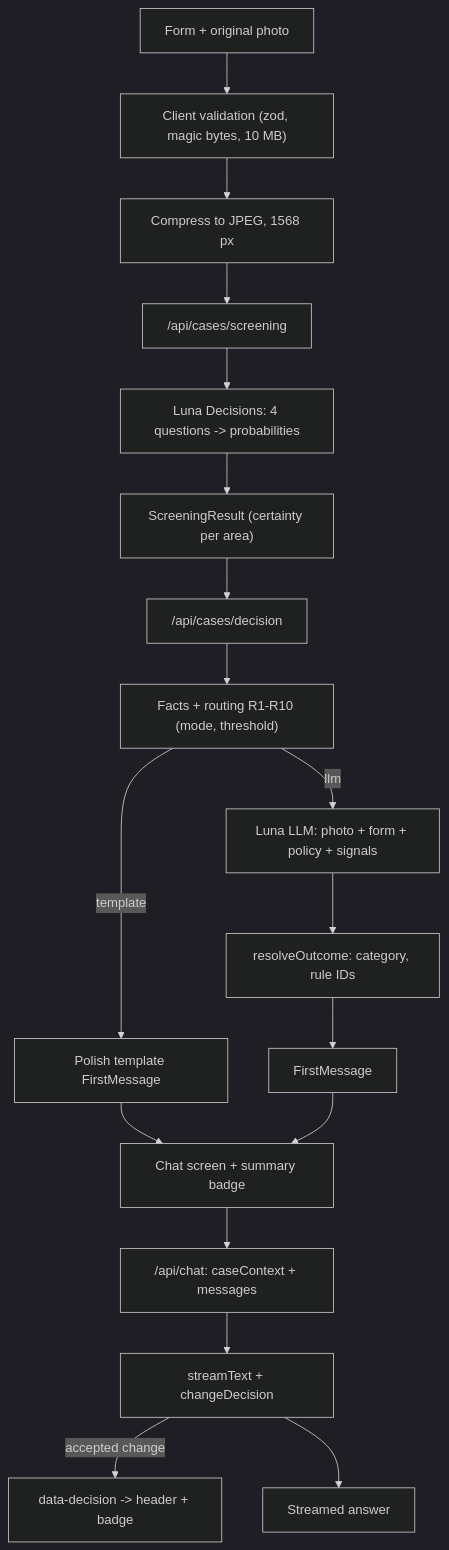
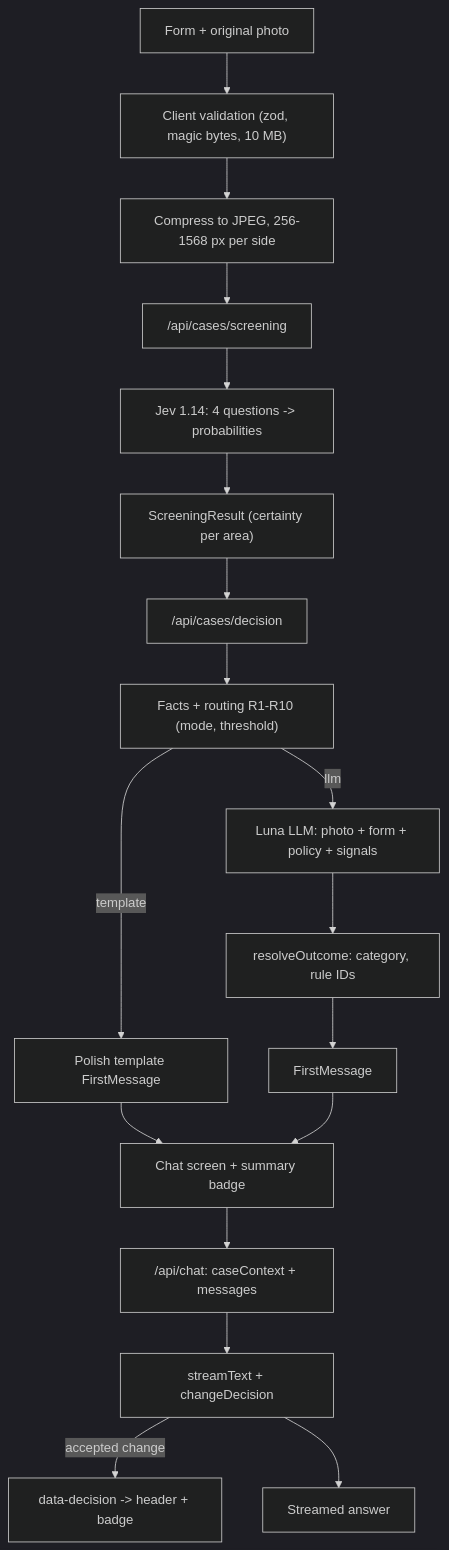
Before and after one commit to msl-sli/jsystems-ai-programming-2026-11: the second of 7 diagrams in docs/ADR/000-main-architecture.md, drawn with Mermaid (dark theme). The commit also changed other lines of this file and 6 other files, not shown here.

````diff
--- a/docs/ADR/000-main-architecture.md
+++ b/docs/ADR/000-main-architecture.md
@@ -312,20 +312,20 @@
 ```mermaid
 flowchart TD
   A["Form + original photo"] --> B["Client validation (zod, magic bytes, 10 MB)"]
-  B --> C["Compress to JPEG, 1568 px"]
+  B --> C["Compress to JPEG, 256-1568 px per side"]
   C --> D["/api/cases/screening"]
-  D --> E["Luna Decisions: 4 questions -> probabilities"]
+  D --> E["Jev 1.14: 4 questions -> probabilities"]
   E --> F["ScreeningResult (certainty per area)"]
   F --> G["/api/cases/decision"]
   G --> H["Facts + routing R1-R10 (mode, threshold)"]
   H -->|template| I["Polish template FirstMessage"]
   H -->|llm| J["Luna LLM: photo + form + policy + signals"]
   J --> K["resolveOutcome: category, rule IDs"]
   K --> L["FirstMessage"]
   I --> M["Chat screen + summary badge"]
   L --> M
   M --> N["/api/chat: caseContext + messages"]
   N --> O["streamText + changeDecision"]
   O -->|accepted change| P["data-decision -> header + badge"]
   O --> Q["Streamed answer"]
 ```
````
